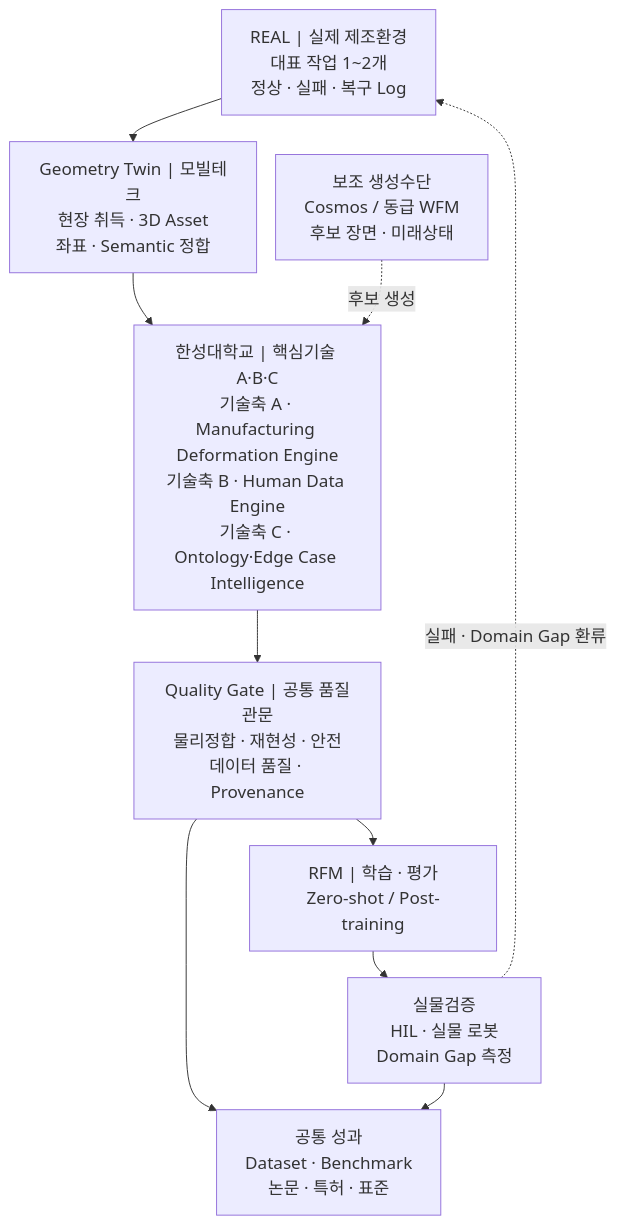
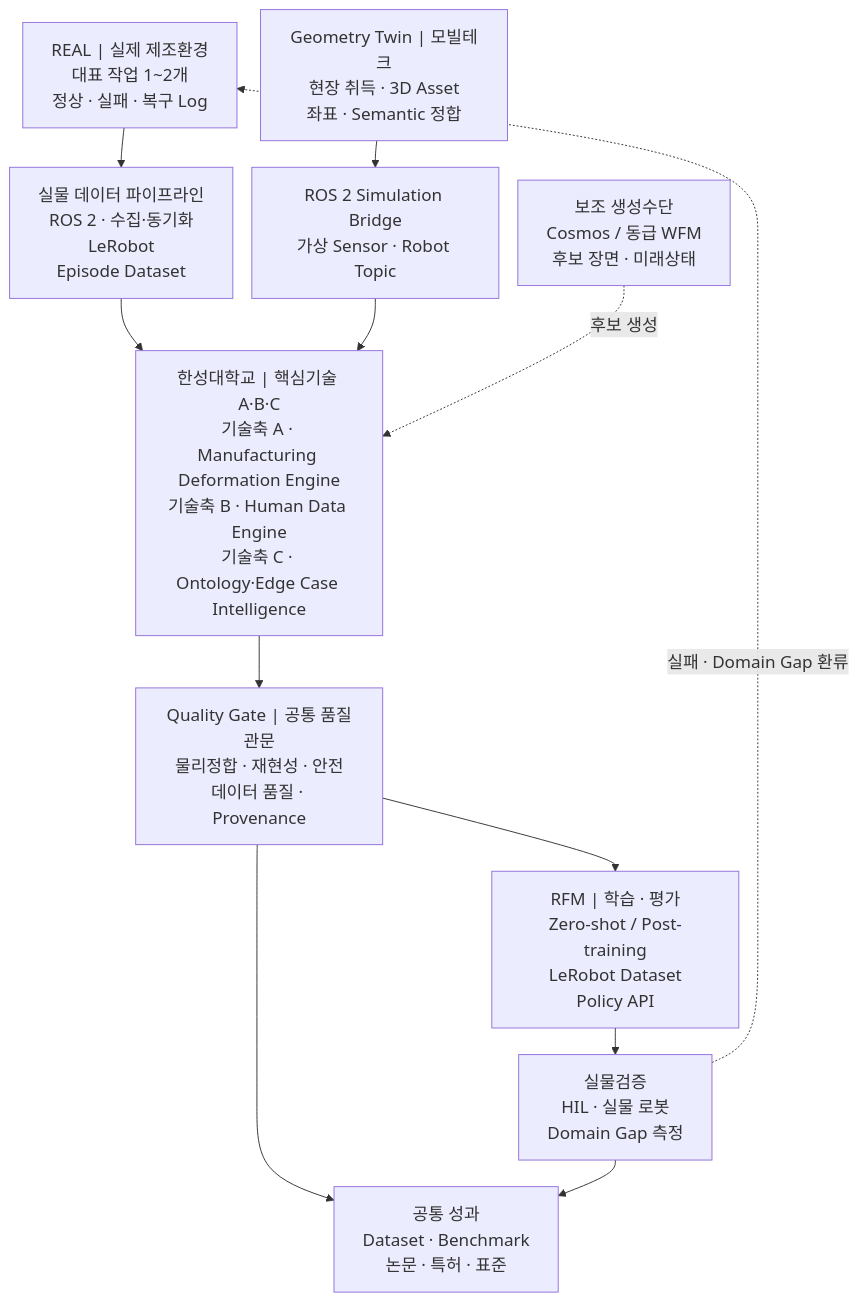
Before and after one commit to parclab-hsu/parclab-hsu.github.io: the first of 2 diagrams in homepage-src/docs/projects/manufacturing-data-factory-rfm/index.md, drawn with Mermaid. The commit also changed other lines of this file and 4 other files, not shown here.

Commit message:
RFM 데이터 파이프라인 — ROS 2·LeRobot 연계 반영

````diff
--- a/homepage-src/docs/projects/manufacturing-data-factory-rfm/index.md
+++ b/homepage-src/docs/projects/manufacturing-data-factory-rfm/index.md
@@ -208,18 +208,21 @@
 ```mermaid
 %%{init: {"themeVariables": {"fontSize": "18px"}, "flowchart": {"nodeSpacing": 20, "rankSpacing": 28}}}%%
 flowchart TB
     REAL["REAL | 실제 제조환경<br/>대표 작업 1~2개<br/>정상 · 실패 · 복구 Log"]
+    PIPE["실물 데이터 파이프라인<br/>ROS 2 · 수집·동기화<br/>LeRobot<br/>Episode Dataset"]
     GEO["Geometry Twin | 모빌테크<br/>현장 취득 · 3D Asset<br/>좌표 · Semantic 정합"]
+    SIM["ROS 2 Simulation Bridge<br/>가상 Sensor · Robot Topic"]
     WFM["보조 생성수단<br/>Cosmos / 동급 WFM<br/>후보 장면 · 미래상태"]
     CORE["한성대학교 | 핵심기술 A·B·C<br/>기술축 A · Manufacturing Deformation Engine<br/>기술축 B · Human Data Engine<br/>기술축 C · Ontology·Edge Case Intelligence"]
     GATE["Quality Gate | 공통 품질관문<br/>물리정합 · 재현성 · 안전<br/>데이터 품질 · Provenance"]
-    RFM["RFM | 학습 · 평가<br/>Zero-shot / Post-training"]
+    RFM["RFM | 학습 · 평가<br/>Zero-shot / Post-training<br/>LeRobot Dataset<br/>Policy API"]
     TEST["실물검증<br/>HIL · 실물 로봇<br/>Domain Gap 측정"]
     OUT["공통 성과<br/>Dataset · Benchmark<br/>논문 · 특허 · 표준"]
 
-    REAL --> GEO --> CORE --> GATE --> RFM --> TEST
+    REAL --> PIPE --> CORE --> GATE --> RFM --> TEST
+    GEO --> SIM --> CORE
     WFM -. "후보 생성" .-> CORE
     GATE --> OUT
     TEST --> OUT
     TEST -. "실패 · Domain Gap 환류" .-> REAL
 ```
````
